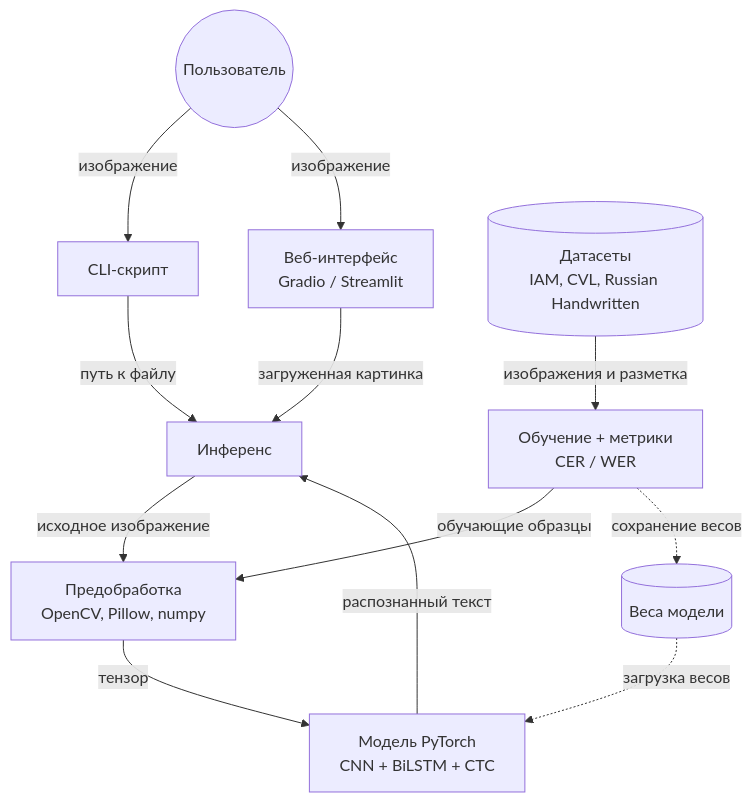
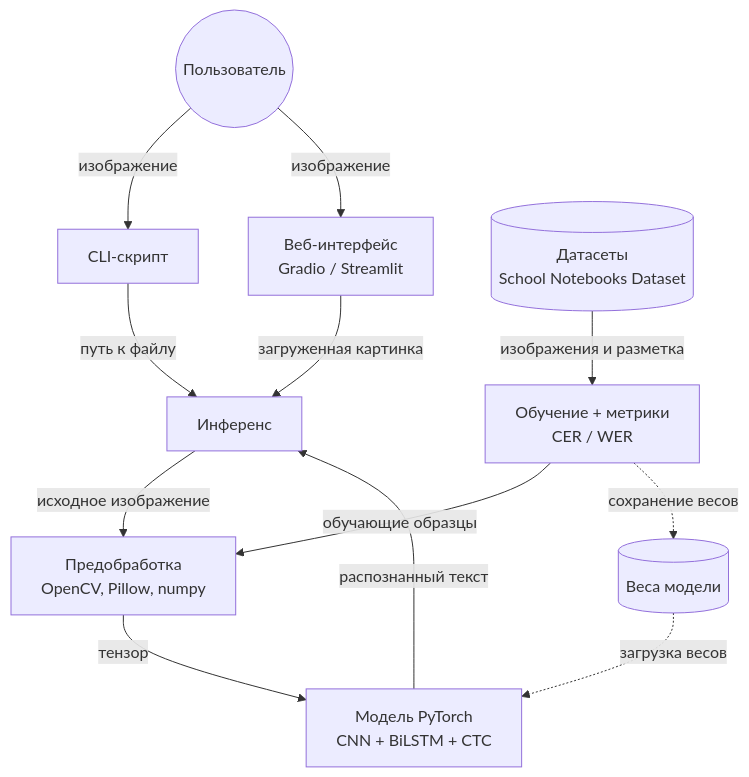
The first of 2 diagrams in docs/architecture.md (Diplom-coders2027/GraphoMindAI), drawn with Mermaid before and after one commit. The commit also changed other lines of this file, not shown here.

Commit message:
Update datasets in architecture

````diff
--- a/docs/architecture.md
+++ b/docs/architecture.md
@@ -7,25 +7,25 @@
 ```mermaid
 flowchart TB
     User((Пользователь))
     CLI[CLI-скрипт]
     UI["Веб-интерфейс<br/>Gradio / Streamlit"]
     Infer[Инференс]
     Pre["Предобработка<br/>OpenCV, Pillow, numpy"]
     Model["Модель PyTorch<br/>CNN + BiLSTM + CTC"]
     Train["Обучение + метрики<br/>CER / WER"]
-    DS[("Датасеты<br/>IAM, CVL, Russian Handwritten")]
+    DS[("Датасеты<br/>School Notebooks Dataset")]
     W[("Веса модели")]
 
     User -->|изображение| CLI
     User -->|изображение| UI
     CLI -->|путь к файлу| Infer
     UI -->|загруженная картинка| Infer
     Infer -->|исходное изображение| Pre
     Pre -->|тензор| Model
     Model -->|распознанный текст| Infer
     W -.->|загрузка весов| Model
 
     DS -->|изображения и разметка| Train
     Train -->|обучающие образцы| Pre
     Train -.->|сохранение весов| W
 ```
````
